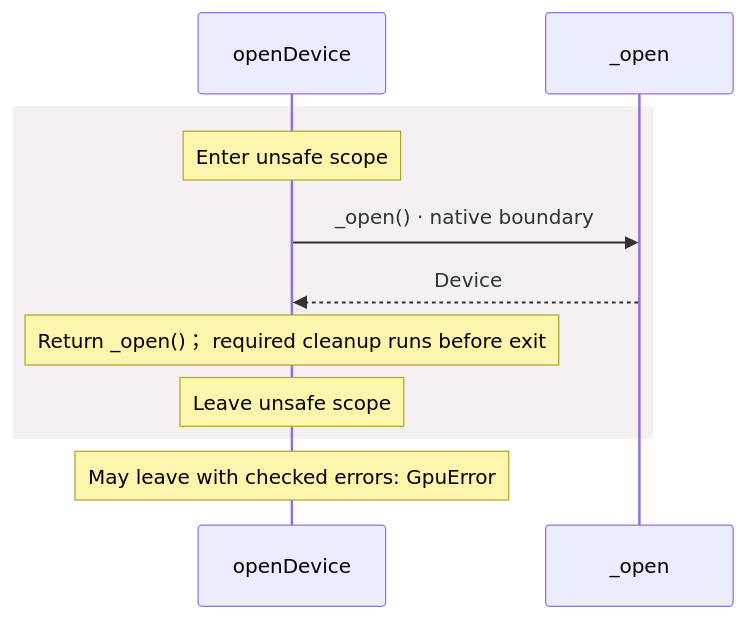
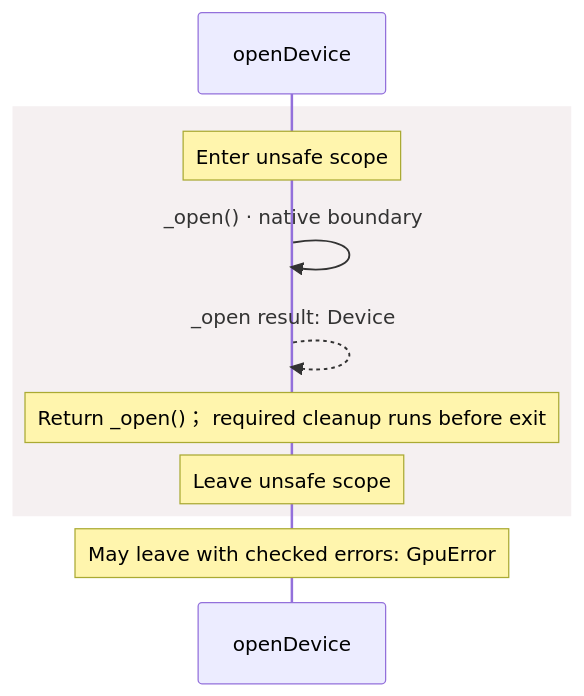
Before and after one commit to GreenPandaStudios/augscript: the first of 4 diagrams in docs/examples/native-gpu/dependencies/packages/@greenpandastudios/aug-gpu/0.1.1/api-diagrams.md, drawn with Mermaid. The commit also changed other lines of this file and 304 other files, not shown here.

Commit message:
Make generated data-flow sequences concise and review every diagram

````diff
--- a/docs/examples/native-gpu/dependencies/packages/@greenpandastudios/aug-gpu/0.1.1/api-diagrams.md
+++ b/docs/examples/native-gpu/dependencies/packages/@greenpandastudios/aug-gpu/0.1.1/api-diagrams.md
@@ -88,13 +68,13 @@
 ```mermaid
 sequenceDiagram
     participant p0 as openDevice
-    participant p1 as _open
+
     rect rgb(245, 240, 241)
     Note over p0: Enter unsafe scope
-    p0->>p1: _open() · native boundary
-    p1-->>p0: Device
+    p0->>p0: _open() · native boundary
+    p0-->>p0: _open result: Device
     Note over p0: Return _open()； required cleanup runs before exit
     Note over p0: Leave unsafe scope
     end
     Note over p0: May leave with checked errors: GpuError
 ```
````
